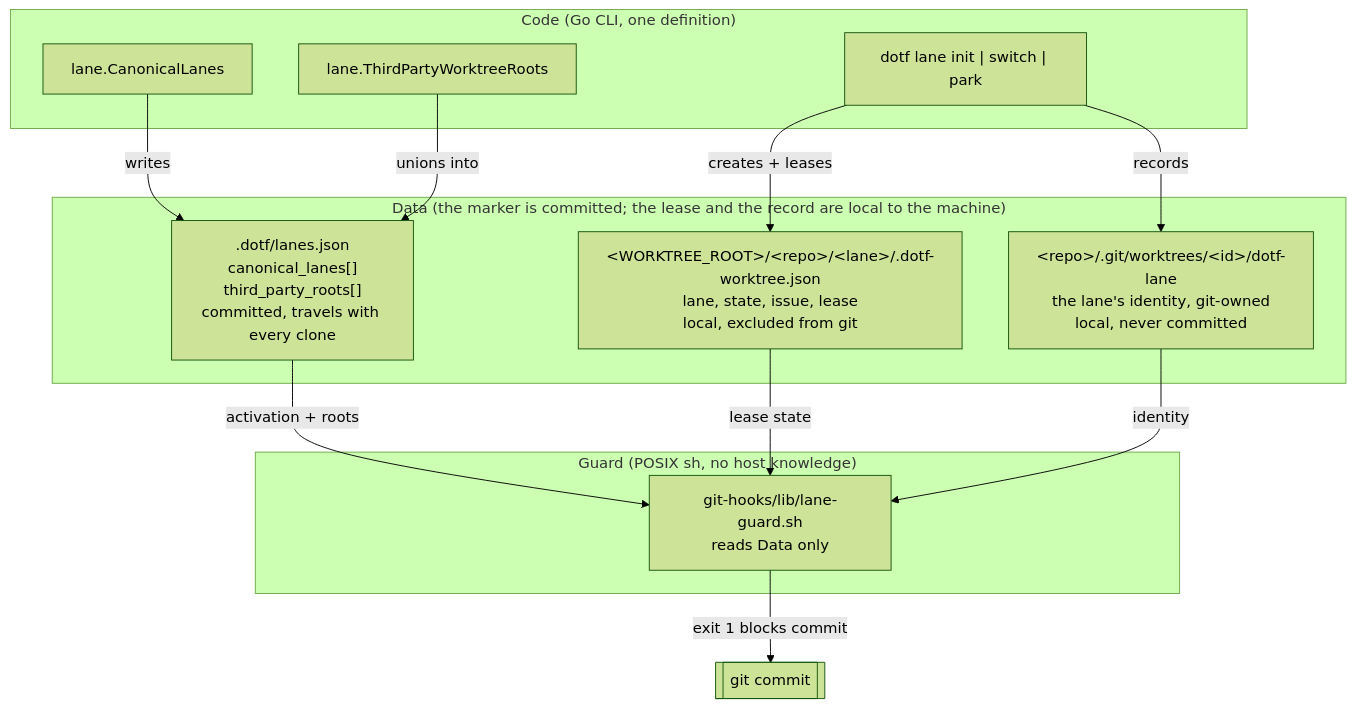
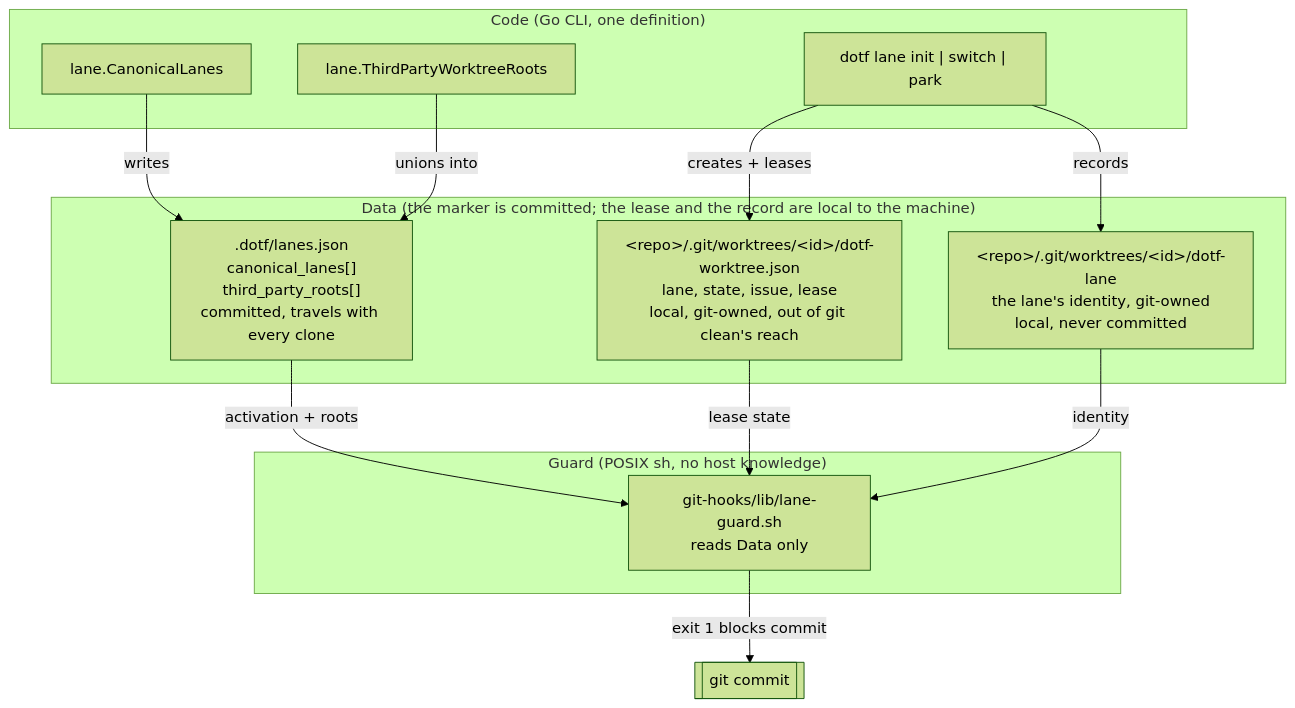
Before and after one commit to mlorentedev/dotfiles: the first of 3 diagrams in docs/runbooks/guide-persistent-named-lanes.md, drawn with Mermaid (forest theme). The commit also changed other lines of this file and 1 other file, not shown here.

First line of the commit message:
docs(lane): record the lease location, its migration and the clean lesson

````diff
--- a/docs/runbooks/guide-persistent-named-lanes.md
+++ b/docs/runbooks/guide-persistent-named-lanes.md
@@ -12,24 +12,24 @@
 ```mermaid
 flowchart TB
   subgraph Data["Data (the marker is committed; the lease and the record are local to the machine)"]
     M[".dotf/lanes.json<br/>canonical_lanes[]<br/>third_party_roots[]<br/>committed, travels with every clone"]
-    W["&lt;WORKTREE_ROOT&gt;/&lt;repo&gt;/&lt;lane&gt;/.dotf-worktree.json<br/>lane, state, issue, lease<br/>local, excluded from git"]
+    W["&lt;repo&gt;/.git/worktrees/&lt;id&gt;/dotf-worktree.json<br/>lane, state, issue, lease<br/>local, git-owned, out of git clean's reach"]
     I["&lt;repo&gt;/.git/worktrees/&lt;id&gt;/dotf-lane<br/>the lane's identity, git-owned<br/>local, never committed"]
   end
   subgraph Code["Code (Go CLI, one definition)"]
     C1["lane.CanonicalLanes"]
     C2["lane.ThirdPartyWorktreeRoots"]
     C3["dotf lane init | switch | park"]
   end
   subgraph Guard["Guard (POSIX sh, no host knowledge)"]
     G["git-hooks/lib/lane-guard.sh<br/>reads Data only"]
   end
   C1 -->|writes| M
   C2 -->|unions into| M
   C3 -->|creates + leases| W
   C3 -->|records| I
   M -->|activation + roots| G
   W -->|lease state| G
   I -->|identity| G
   G -->|exit 1 blocks commit| Git[["git commit"]]
 ```
````
